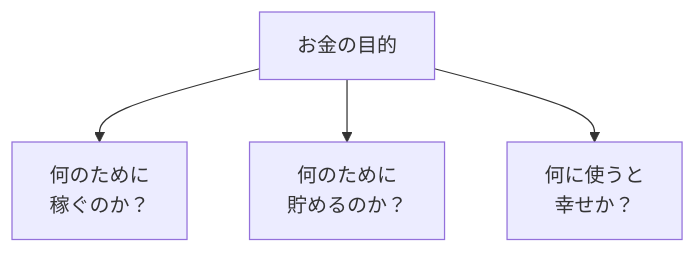
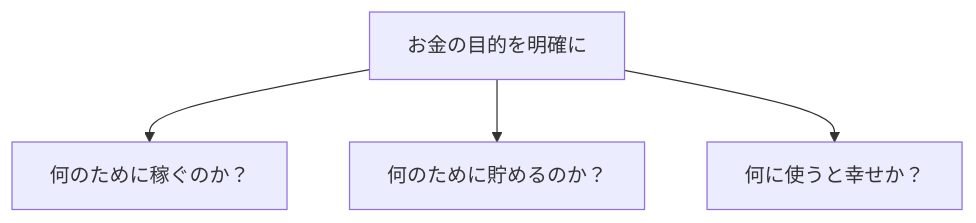
Before and after one commit to tndg16-bot/portfolio-site: the third of 4 diagrams in content/blog/280-healthy-money-relationship-philosophy.md, drawn with Mermaid. The commit also changed other lines of this file and 19 other files, not shown here.

````diff
--- a/content/blog/280-healthy-money-relationship-philosophy.md
+++ b/content/blog/280-healthy-money-relationship-philosophy.md
@@ -98,7 +113,7 @@
 ```mermaid
 graph TD
-    A[お金の目的]
-    A --> B[何のために<br/>稼ぐのか？]
-    A --> C[何のために<br/>貯めるのか？]
-    A --> D[何に使うと<br/>幸せか？]
+    A[お金の目的を明確に]
+    A --> B[何のために稼ぐのか？]
+    A --> C[何のために貯めるのか？]
+    A --> D[何に使うと幸せか？]
 ```
````
